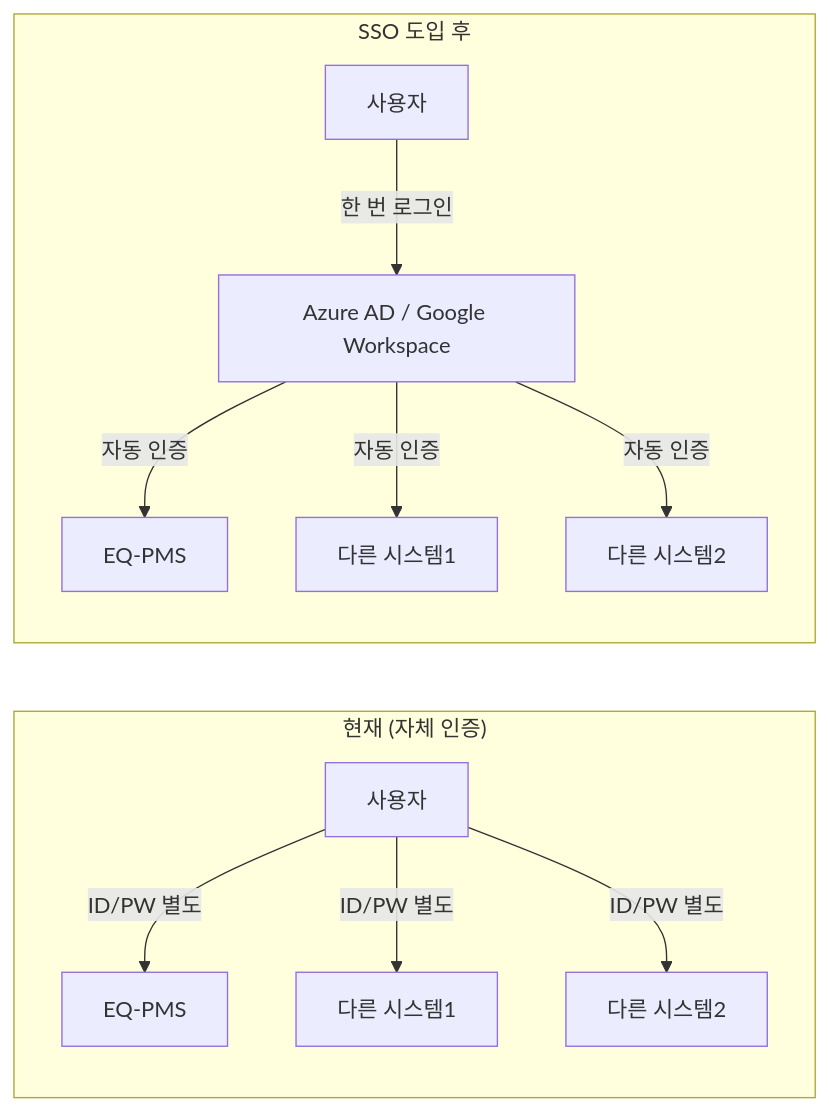
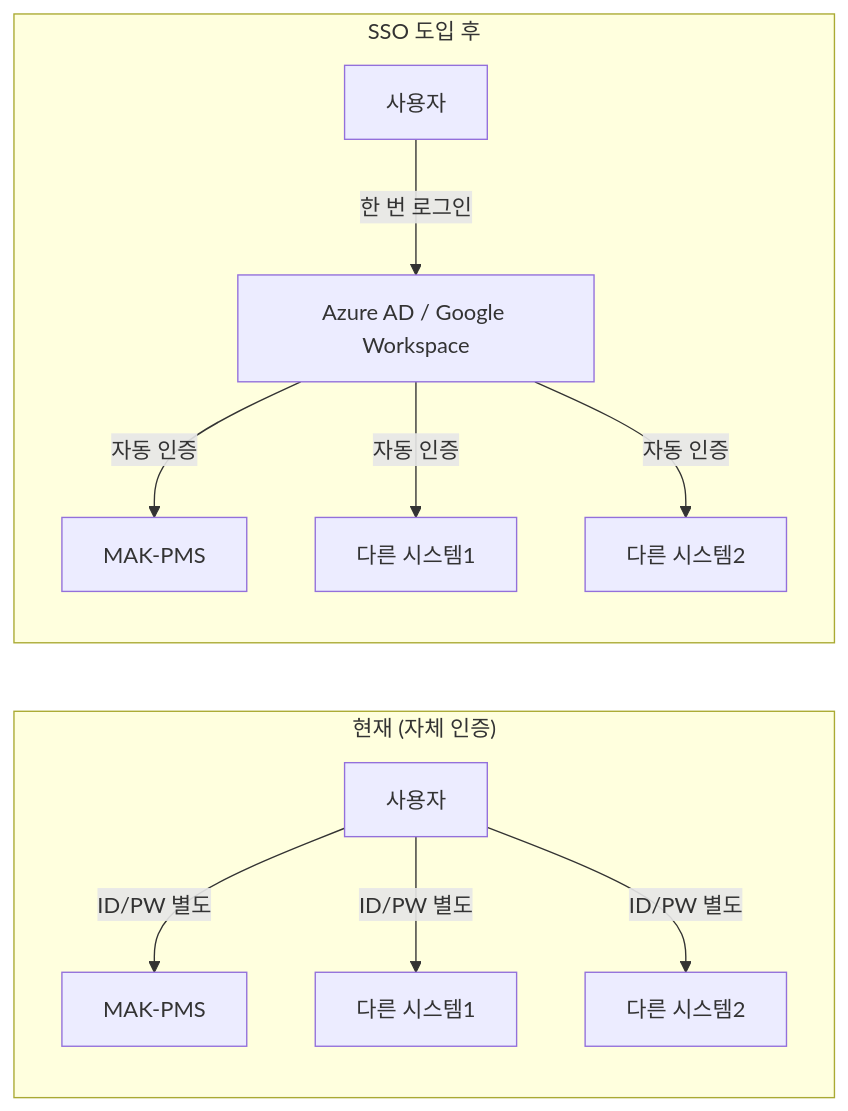
The ninth of 20 diagrams in README.md (ygyun3937/eqpmsapp), drawn with Mermaid before and after one commit. The commit also changed other lines of this file and 20 other files, not shown here.

First line of the commit message:
고객사 관리 + 회의록/노트 분리 + 서비스명 MAK-PMS 변경

````diff
--- a/README.md
+++ b/README.md
@@ -636,15 +636,15 @@
 ```mermaid
 graph LR
     subgraph Before["현재 (자체 인증)"]
-        U1[사용자] -->|ID/PW 별도| EQ1[EQ-PMS]
+        U1[사용자] -->|ID/PW 별도| EQ1[MAK-PMS]
         U1 -->|ID/PW 별도| S1[다른 시스템1]
         U1 -->|ID/PW 별도| S2[다른 시스템2]
     end
 
     subgraph After["SSO 도입 후"]
         U2[사용자] -->|한 번 로그인| SSO[Azure AD / Google Workspace]
-        SSO -->|자동 인증| EQ2[EQ-PMS]
+        SSO -->|자동 인증| EQ2[MAK-PMS]
         SSO -->|자동 인증| S3[다른 시스템1]
         SSO -->|자동 인증| S4[다른 시스템2]
     end
 ```
````
